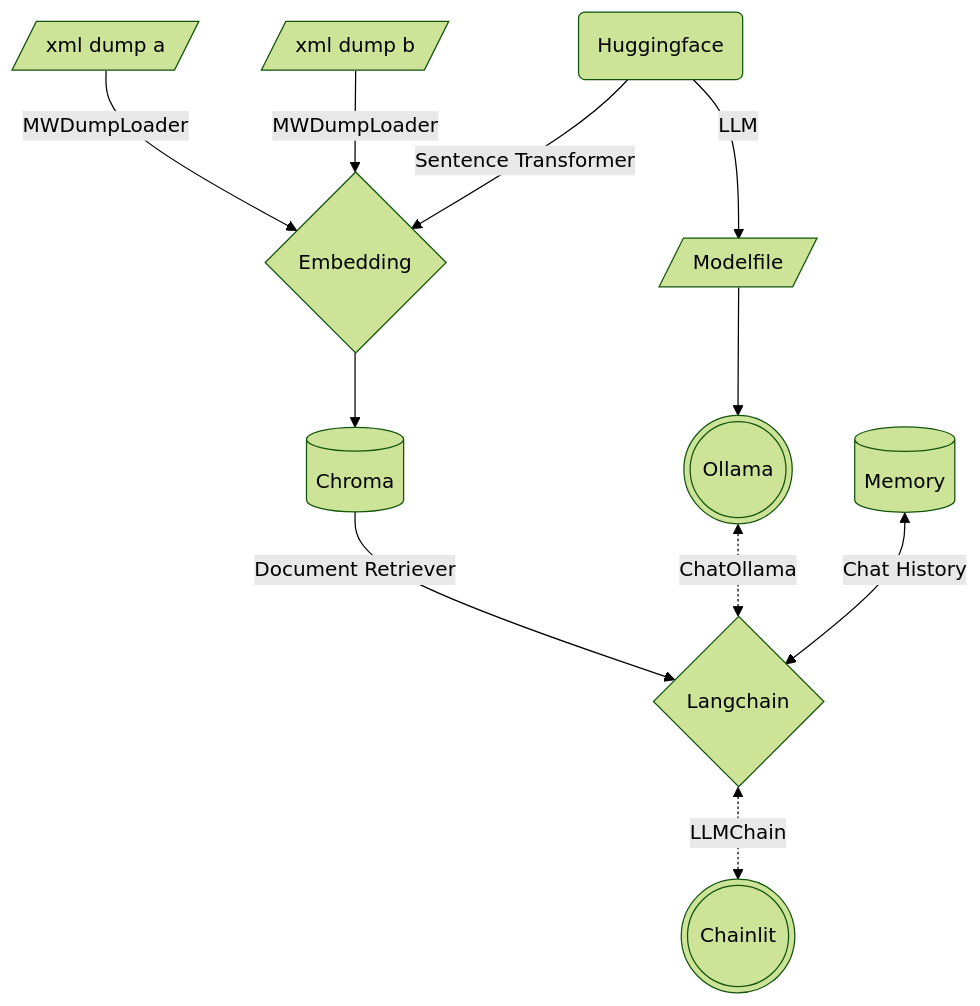
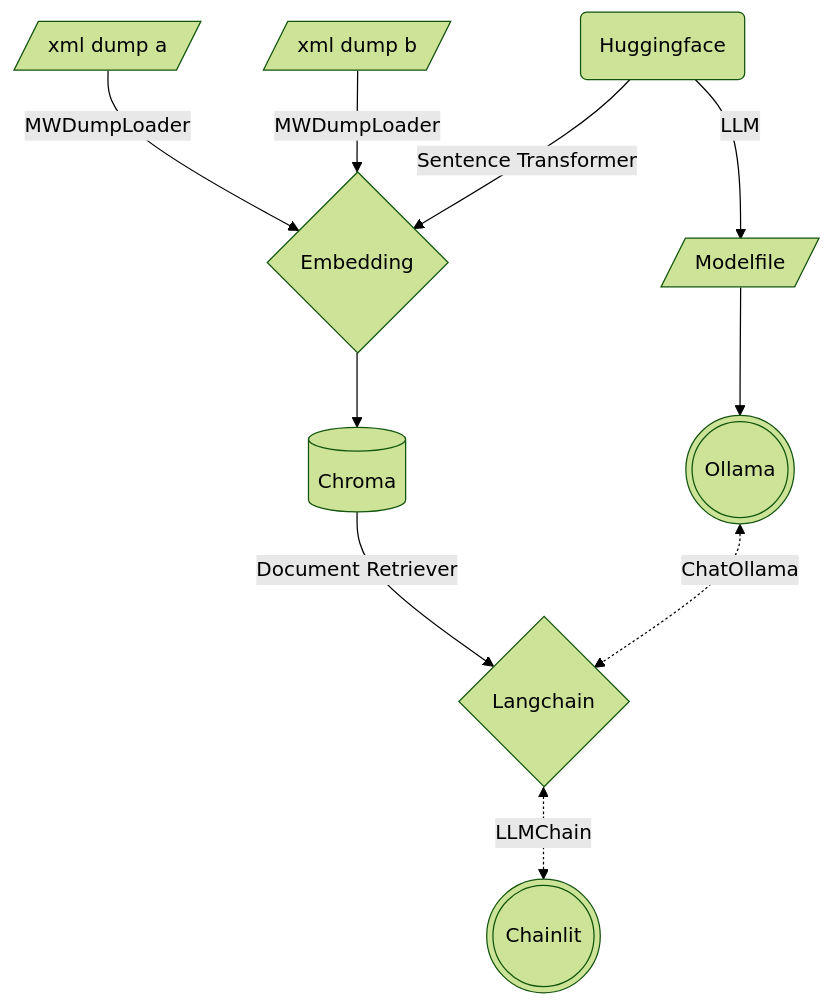
The diagram in README.md (tylertitsworth/multi-mediawiki-rag), drawn with Mermaid (forest theme) before and after one commit. The commit also changed other lines of this file and 14 other files, not shown here.

````diff
--- a/README.md
+++ b/README.md
@@ -41,18 +41,17 @@
 ```mermaid
 graph TD;
     a[/xml dump a/] --MWDumpLoader--> emb
     b[/xml dump b/] --MWDumpLoader--> emb
     emb{Embedding} --> db
     db[(Chroma)] --Document Retriever--> lc
     hf(Huggingface) --Sentence Transformer --> emb
     hf --LLM--> modelfile
     modelfile[/Modelfile/] --> Ollama
     Ollama(((Ollama))) <-.ChatOllama.-> lc
-    Mem[(Memory)] <--Chat History--> lc
     lc{Langchain} <-.LLMChain.-> cl(((Chainlit)))
     click db href "https://github.com/chroma-core/chroma"
     click hf href "https://huggingface.co/"
     click cl href "https://github.com/Chainlit/chainlit"
     click lc href "https://github.com/langchain-ai/langchain"
     click Ollama href "https://github.com/jmorganca/ollama"
 ```
````
